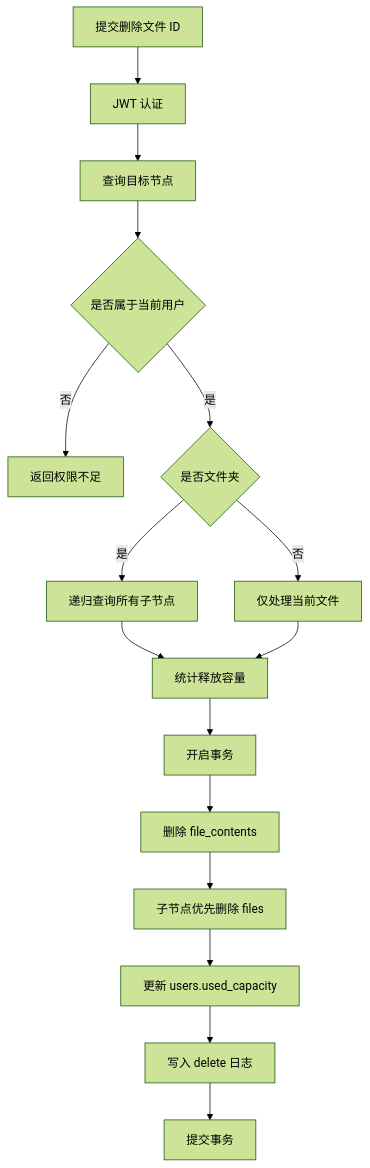
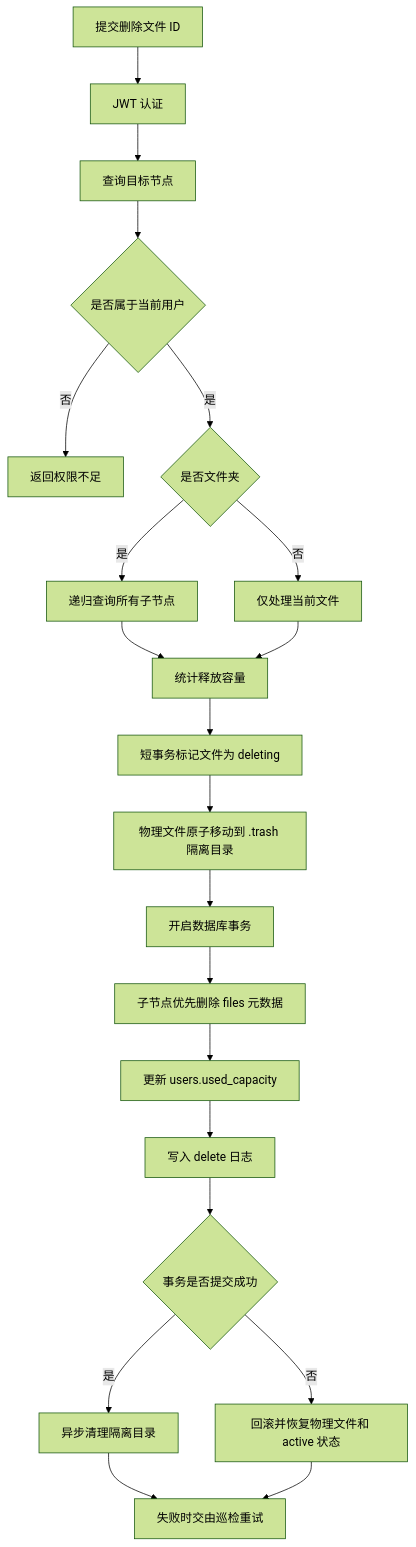
Diagram 12 of 35 in 详细设计-流程图与类图.md (CNGM222/mycloud), drawn with Mermaid (forest theme) before and after one commit. The commit also changed other lines of this file and 56 other files, not shown here.

````diff
--- a/详细设计-流程图与类图.md
+++ b/详细设计-流程图与类图.md
@@ -272,18 +283,23 @@
 ```mermaid
 flowchart TD
     A[提交删除文件 ID] --> B[JWT 认证]
     B --> C[查询目标节点]
     C --> D{是否属于当前用户}
     D -->|否| E1[返回权限不足]
     D -->|是| E{是否文件夹}
     E -->|是| F[递归查询所有子节点]
     E -->|否| G[仅处理当前文件]
     F --> H[统计释放容量]
     G --> H
-    H --> I[开启事务]
-    I --> J[删除 file_contents]
-    J --> K[子节点优先删除 files]
-    K --> L[更新 users.used_capacity]
-    L --> M[写入 delete 日志]
-    M --> N[提交事务]
+    H --> I[短事务标记文件为 deleting]
+    I --> J[物理文件原子移动到 .trash 隔离目录]
+    J --> K[开启数据库事务]
+    K --> L[子节点优先删除 files 元数据]
+    L --> M[更新 users.used_capacity]
+    M --> N[写入 delete 日志]
+    N --> O{事务是否提交成功}
+    O -->|是| P[异步清理隔离目录]
+    O -->|否| Q[回滚并恢复物理文件和 active 状态]
+    P --> R[失败时交由巡检重试]
+    Q --> R
 ```
````
